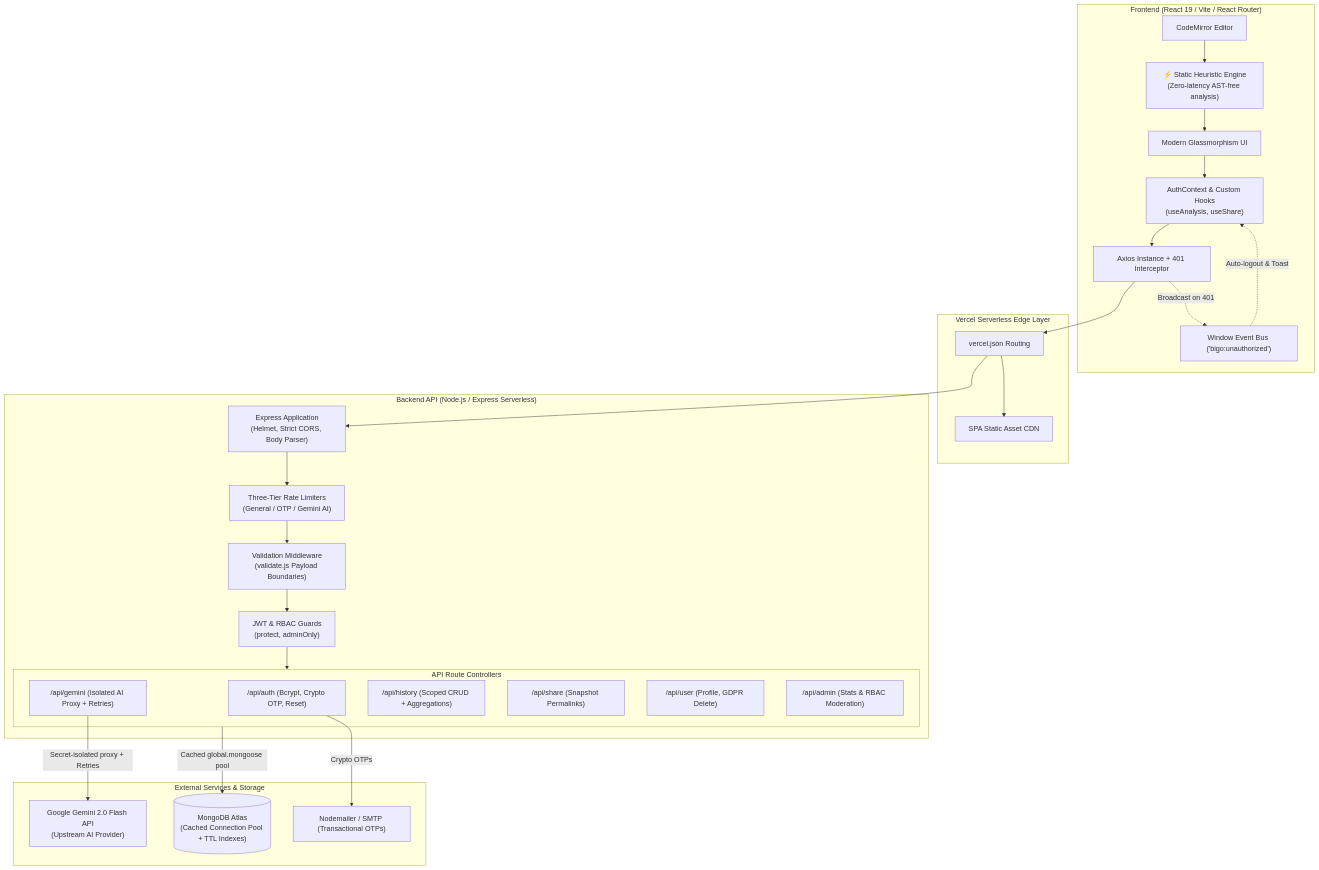
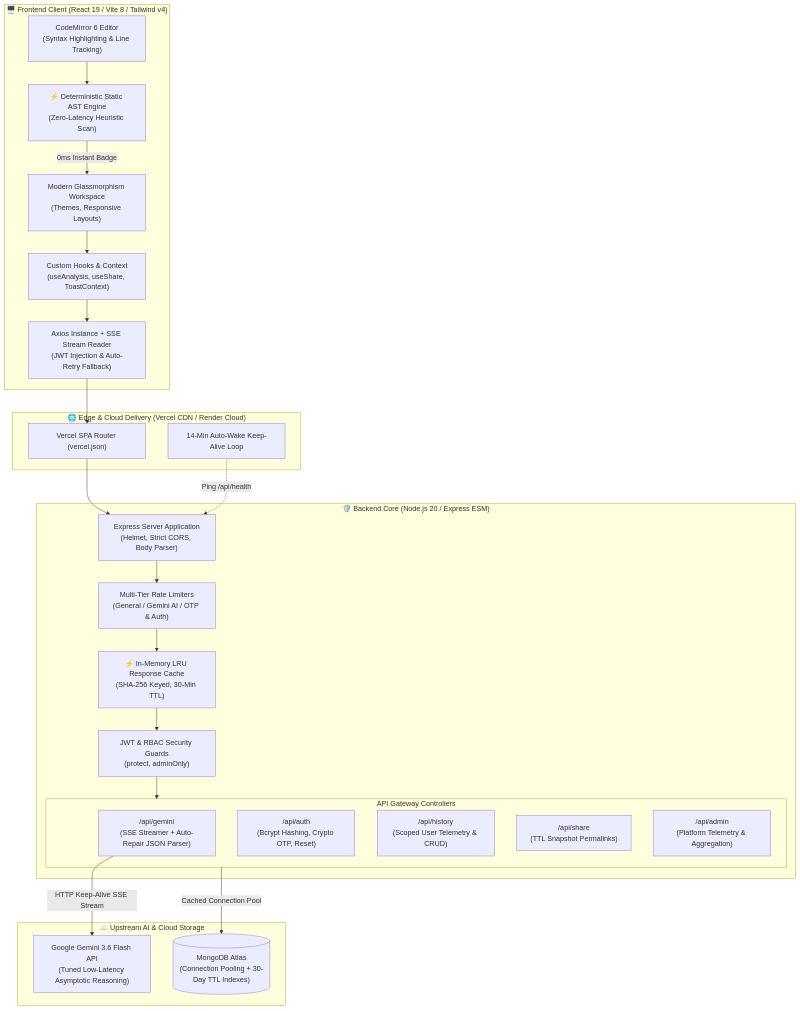
The diagram in README.md (4GuptaArpit/COMPLEXITY-ANALYZER), drawn with Mermaid before and after one commit. The commit also changed other lines of this file and 9 other files, not shown here.

````diff
--- a/README.md
+++ b/README.md
@@ -18,56 +65,50 @@
 ```mermaid
 flowchart TB
-    subgraph Client["Frontend (React 19 / Vite / React Router)"]
-        UI["Modern Glassmorphism UI"]
-        CM["CodeMirror Editor"]
-        STATIC_ENGINE["⚡ Static Heuristic Engine\n(Zero-latency AST-free analysis)"]
-        STATE["AuthContext & Custom Hooks\n(useAnalysis, useShare)"]
-        AXIOS["Axios Instance + 401 Interceptor"]
-        BUS["Window Event Bus ('bigo:unauthorized')"]
+    subgraph Client["🖥️ Frontend Client (React 19 / Vite 8 / Tailwind v4)"]
+        UI["Modern Glassmorphism Workspace\n(Themes, Responsive Layouts)"]
+        CM["CodeMirror 6 Editor\n(Syntax Highlighting & Line Tracking)"]
+        STATIC_ENGINE["⚡ Deterministic Static AST Engine\n(Zero-Latency Heuristic Scan)"]
+        STATE["Custom Hooks & Context\n(useAnalysis, useShare, ToastContext)"]
+        AXIOS["Axios Instance + SSE Stream Reader\n(JWT Injection & Auto-Retry Fallback)"]
     end
 
-    subgraph Edge["Vercel Serverless Edge Layer"]
-        ROUTER["vercel.json Routing"]
-        STATIC["SPA Static Asset CDN"]
+    subgraph Edge["🌐 Edge & Cloud Delivery (Vercel CDN / Render Cloud)"]
+        VERCEL_ROUTER["Vercel SPA Router (vercel.json)"]
+        KEEP_ALIVE["14-Min Auto-Wake Keep-Alive Loop"]
     end
 
-    subgraph Backend["Backend API (Node.js / Express Serverless)"]
-        APP["Express Application\n(Helmet, Strict CORS, Body Parser)"]
-        LIMIT["Three-Tier Rate Limiters\n(General / OTP / Gemini AI)"]
-        VAL["Validation Middleware\n(validate.js Payload Boundaries)"]
-        AUTH_M["JWT & RBAC Guards\n(protect, adminOnly)"]
+    subgraph Backend["🛡️ Backend Core (Node.js 20 / Express ESM)"]
+        APP["Express Server Application\n(Helmet, Strict CORS, Body Parser)"]
+        LIMIT["Multi-Tier Rate Limiters\n(General / Gemini AI / OTP & Auth)"]
+        CACHE["⚡ In-Memory LRU Response Cache\n(SHA-256 Keyed, 30-Min TTL)"]
+        AUTH_M["JWT & RBAC Security Guards\n(protect, adminOnly)"]
         
-        subgraph Routes["API Route Controllers"]
-            R_AUTH["/api/auth (Bcrypt, Crypto OTP, Reset)"]
-            R_AI["/api/gemini (Isolated AI Proxy + Retries)"]
-            R_HIST["/api/history (Scoped CRUD + Aggregations)"]
-            R_SHARE["/api/share (Snapshot Permalinks)"]
-            R_USER["/api/user (Profile, GDPR Delete)"]
-            R_ADMIN["/api/admin (Stats & RBAC Moderation)"]
+        subgraph Routes["API Gateway Controllers"]
+            R_AI["/api/gemini\n(SSE Streamer + Auto-Repair JSON Parser)"]
+            R_AUTH["/api/auth\n(Bcrypt Hashing, Crypto OTP, Reset)"]
+            R_HIST["/api/history\n(Scoped User Telemetry & CRUD)"]
+            R_SHARE["/api/share\n(TTL Snapshot Permalinks)"]
+            R_ADMIN["/api/admin\n(Platform Telemetry & Aggregation)"]
         end
     end
 
-    subgraph External["External Services & Storage"]
-        GEMINI["Google Gemini 2.0 Flash API\n(Upstream AI Provider)"]
-        MONGO[("MongoDB Atlas\n(Cached Connection Pool + TTL Indexes)")]
-        SMTP["Nodemailer / SMTP (Transactional OTPs)"]
+    subgraph External["☁️ Upstream AI & Cloud Storage"]
+        GEMINI["Google Gemini 3.6 Flash API\n(Tuned Low-Latency Asymptotic Reasoning)"]
+        MONGO[("MongoDB Atlas\n(Connection Pooling + 30-Day TTL Indexes)")]
     end
 
     CM --> STATIC_ENGINE
-    STATIC_ENGINE --> UI
+    STATIC_ENGINE -->|0ms Instant Badge| UI
     UI --> STATE
     STATE --> AXIOS
-    AXIOS --> ROUTER
-    ROUTER --> APP
-    ROUTER --> STATIC
+    AXIOS --> VERCEL_ROUTER
+    VERCEL_ROUTER --> APP
+    KEEP_ALIVE -.->|Ping /api/health| APP
     APP --> LIMIT
-    LIMIT --> VAL
-    VAL --> AUTH_M
+    LIMIT --> CACHE
+    CACHE --> AUTH_M
     AUTH_M --> Routes
     
-    R_AI -->|Secret-isolated proxy + Retries| GEMINI
-    R_AUTH -->|Crypto OTPs| SMTP
-    Routes -->|Cached global.mongoose pool| MONGO
-    AXIOS -.->|Broadcast on 401| BUS
-    BUS -.->|Auto-logout & Toast| STATE
+    R_AI -->|HTTP Keep-Alive SSE Stream| GEMINI
+    Routes -->|Cached Connection Pool| MONGO
 ```
````
